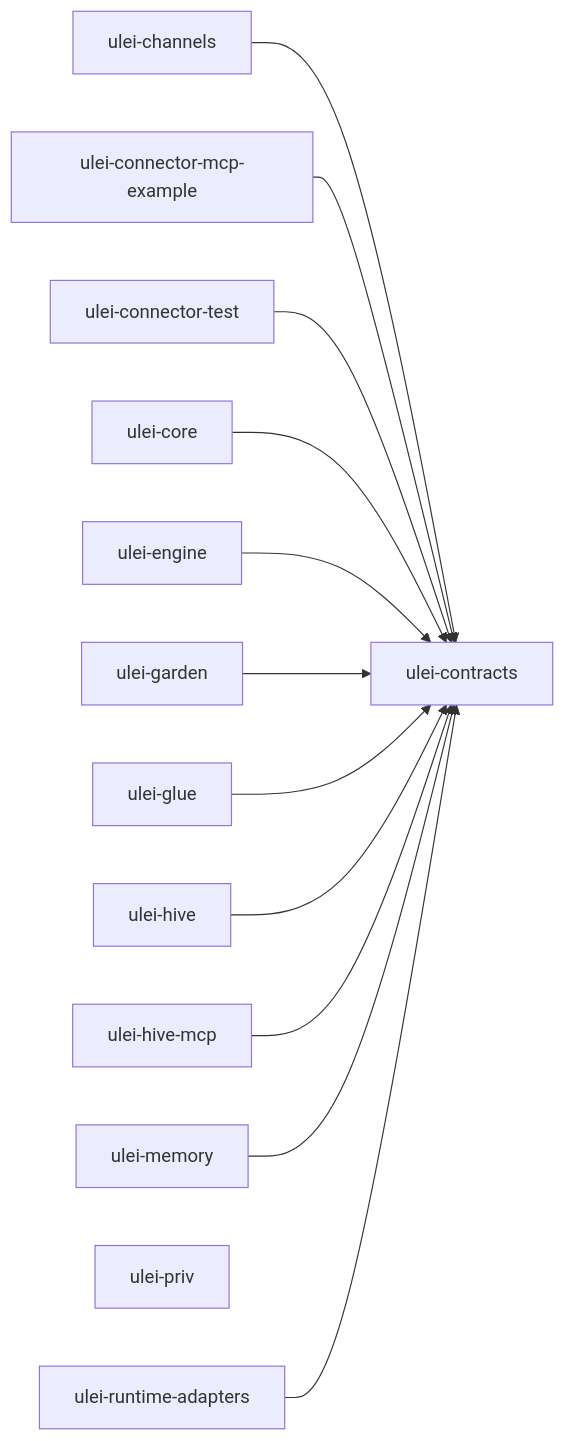
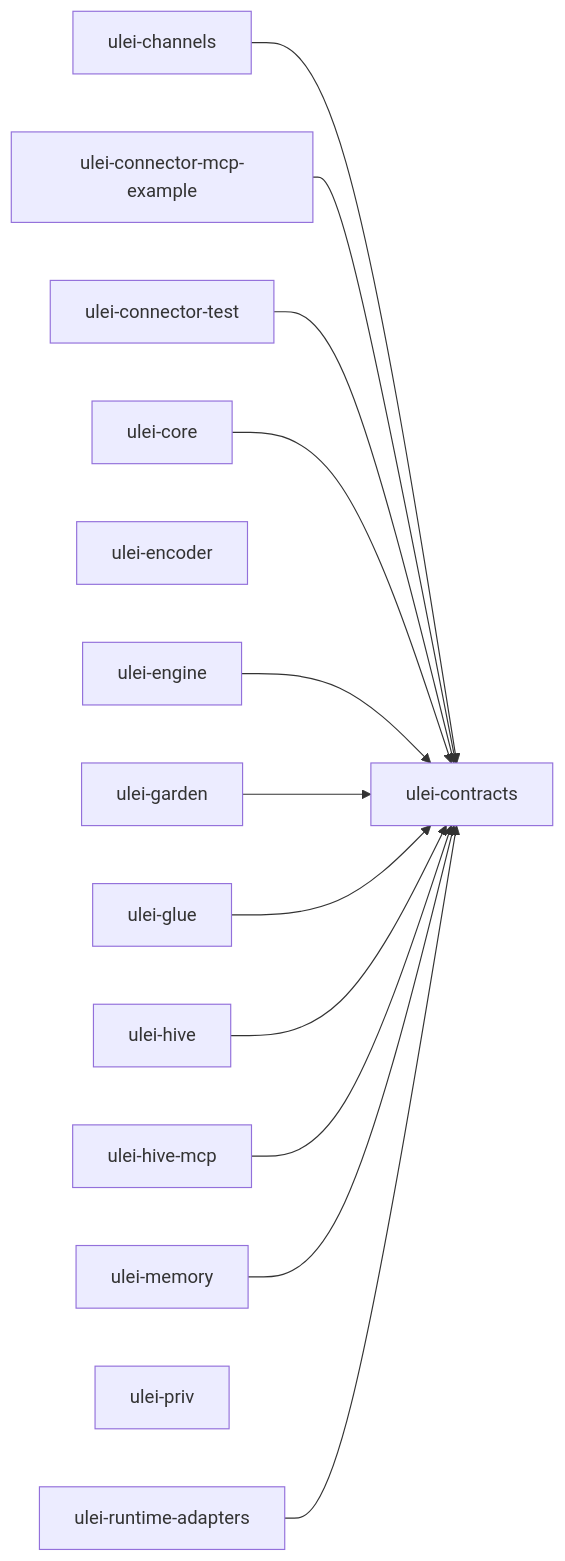
Before and after one commit to pasekahq/ulei: the diagram in docs/architecture/module-map.md, drawn with Mermaid. The commit also changed other lines of this file and 10 other files, not shown here.

First line of the commit message:
Add ulei-encoder with the naive fp32 forward pass (ADR-0087 E1)

````diff
--- a/docs/architecture/module-map.md
+++ b/docs/architecture/module-map.md
@@ -27,27 +28,28 @@
 ```mermaid
 graph LR
   ulei_channels["ulei-channels"]
   ulei_connector_mcp_example["ulei-connector-mcp-example"]
   ulei_connector_test["ulei-connector-test"]
   ulei_contracts["ulei-contracts"]
   ulei_core["ulei-core"]
+  ulei_encoder["ulei-encoder"]
   ulei_engine["ulei-engine"]
   ulei_garden["ulei-garden"]
   ulei_glue["ulei-glue"]
   ulei_hive["ulei-hive"]
   ulei_hive_mcp["ulei-hive-mcp"]
   ulei_memory["ulei-memory"]
   ulei_priv["ulei-priv"]
   ulei_runtime_adapters["ulei-runtime-adapters"]
   ulei_channels --> ulei_contracts
   ulei_connector_mcp_example --> ulei_contracts
   ulei_connector_test --> ulei_contracts
   ulei_core --> ulei_contracts
   ulei_engine --> ulei_contracts
   ulei_garden --> ulei_contracts
   ulei_glue --> ulei_contracts
   ulei_hive --> ulei_contracts
   ulei_hive_mcp --> ulei_contracts
   ulei_memory --> ulei_contracts
   ulei_runtime_adapters --> ulei_contracts
 ```
````
